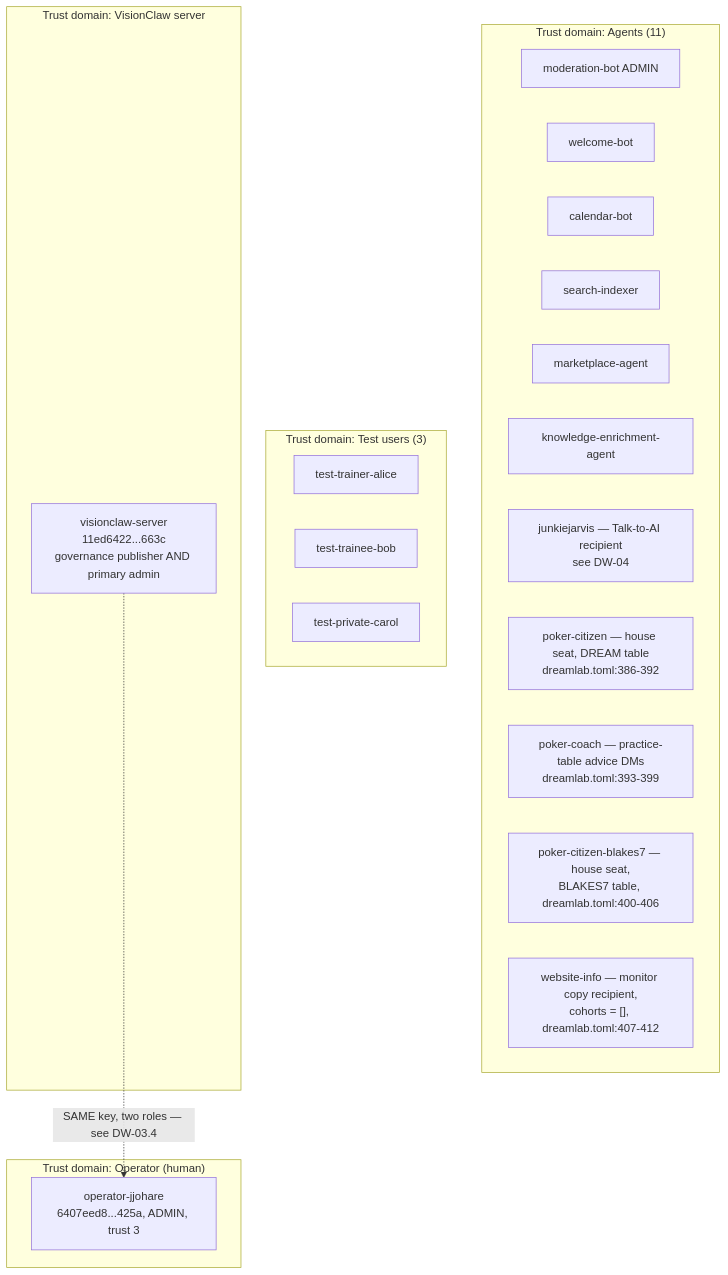
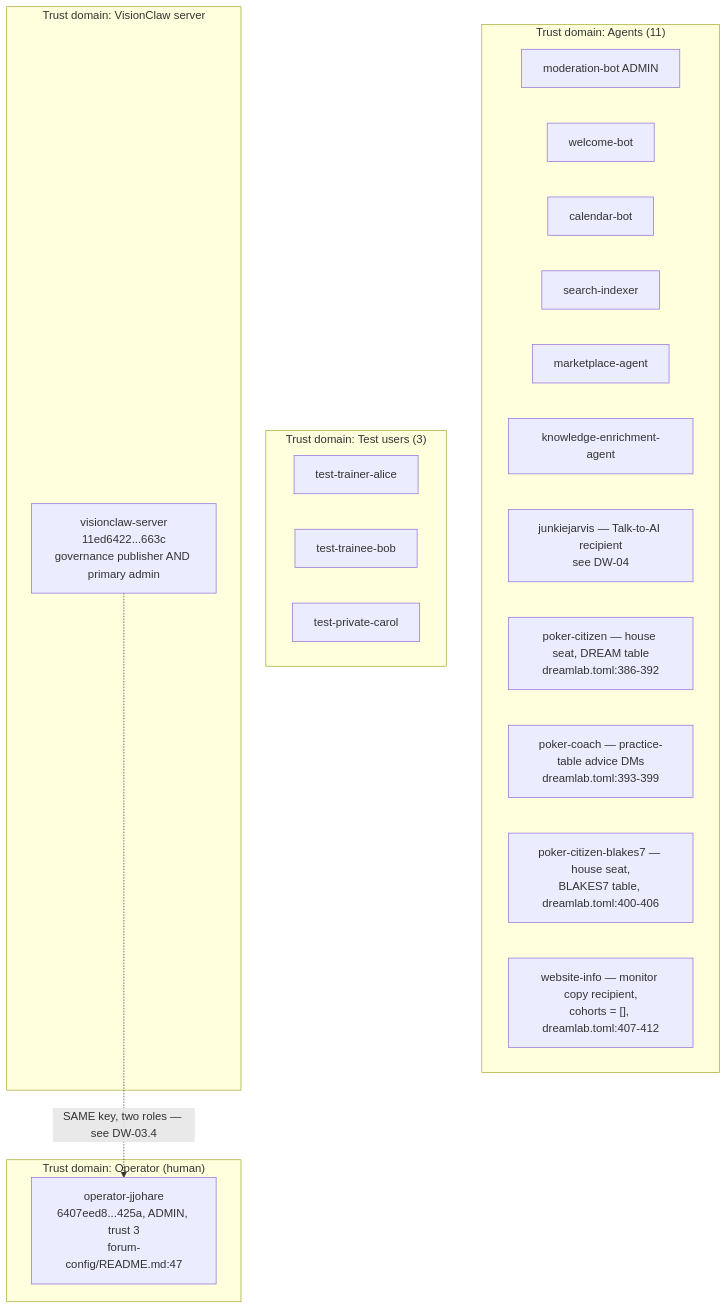
One commit to DreamLab-AI/VisionFlow changed the second of 10 diagrams in docs/diagrams/dreamlab-ai-website/03-forum-config-overlay-zones-admin-kv-sync.md. Above: the diagram before and after it, drawn with Mermaid. The commit also changed other lines of this file and 91 other files, not shown here.

````diff
--- a/docs/diagrams/dreamlab-ai-website/03-forum-config-overlay-zones-admin-kv-sync.md
+++ b/docs/diagrams/dreamlab-ai-website/03-forum-config-overlay-zones-admin-kv-sync.md
@@ -53,28 +55,28 @@
 ```mermaid
 flowchart TB
     subgraph Operator["Trust domain: Operator (human)"]
-        OP["operator-jjohare<br/>6407eed8...425a, ADMIN, trust 3"]
+        OP["operator-jjohare<br/>6407eed8...425a, ADMIN, trust 3<br/>forum-config/README.md:47"]
     end
     subgraph Agents["Trust domain: Agents (11)"]
         MB["moderation-bot ADMIN"]
         WB["welcome-bot"]
         CB["calendar-bot"]
         SI["search-indexer"]
         MA["marketplace-agent"]
         KE["knowledge-enrichment-agent"]
         JJ["junkiejarvis — Talk-to-AI recipient<br/>see DW-04"]
         PC["poker-citizen — house seat, DREAM table<br/>dreamlab.toml:386-392"]
         PCK["poker-coach — practice-table advice DMs<br/>dreamlab.toml:393-399"]
         PCB["poker-citizen-blakes7 — house seat,<br/>BLAKES7 table, dreamlab.toml:400-406"]
         WI["website-info — monitor copy recipient,<br/>cohorts = [], dreamlab.toml:407-412"]
     end
     subgraph TestUsers["Trust domain: Test users (3)"]
         TA["test-trainer-alice"]
         TB2["test-trainee-bob"]
         TC["test-private-carol"]
     end
     subgraph VC["Trust domain: VisionClaw server"]
         VS["visionclaw-server<br/>11ed6422...663c<br/>governance publisher AND primary admin"]
     end
     VS -.->|"SAME key, two roles — see DW-03.4"| OP
 ```
````
